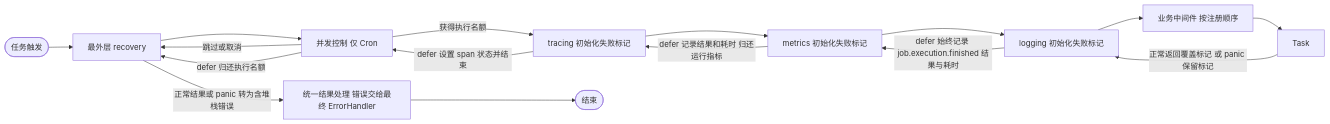
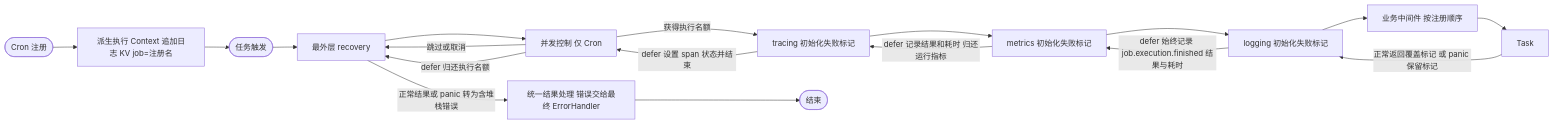
The sixth of 6 diagrams in pkg/job/README.md (jaggerzhuang1994/kratos-foundation), drawn with Mermaid before and after one commit. The commit also changed other lines of this file and 12 other files, not shown here.

````diff
--- a/pkg/job/README.md
+++ b/pkg/job/README.md
@@ -231,18 +239,20 @@
 ```mermaid
 flowchart LR
- A([任务触发]) --> R[最外层 recovery]
+ C([Cron 注册]) --> K[派生执行 Context 追加日志 KV job=注册名]
+ K --> A([任务触发])
+ A --> R[最外层 recovery]
  R --> G[并发控制 仅 Cron]
  G -- 跳过或取消 --> R
  G -- 获得执行名额 --> T[tracing 初始化失败标记]
  T --> M[metrics 初始化失败标记]
  M --> L[logging 初始化失败标记]
  L --> B[业务中间件 按注册顺序]
  B --> J[Task]
  J -- 正常返回覆盖标记 或 panic 保留标记 --> L
  L -- defer 始终记录 job.execution.finished 结果与耗时 --> M
  M -- defer 记录结果和耗时 归还运行指标 --> T
  T -- defer 设置 span 状态并结束 --> G
  G -- defer 归还执行名额 --> R
  R -- 正常结果或 panic 转为含堆栈错误 --> E[统一结果处理 错误交给最终 ErrorHandler]
  E --> Z([结束])
 ```
````
